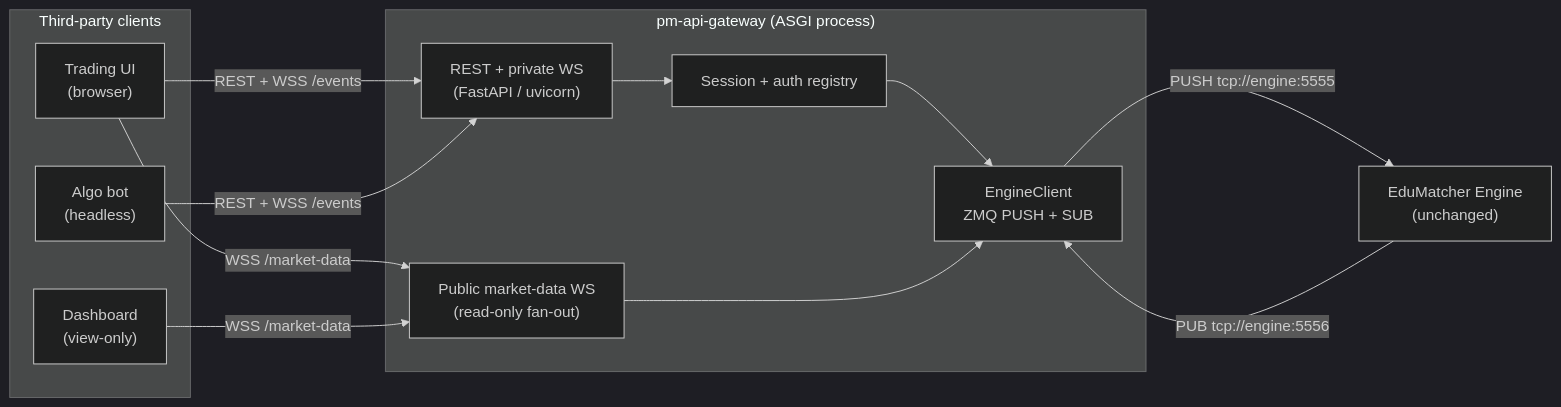
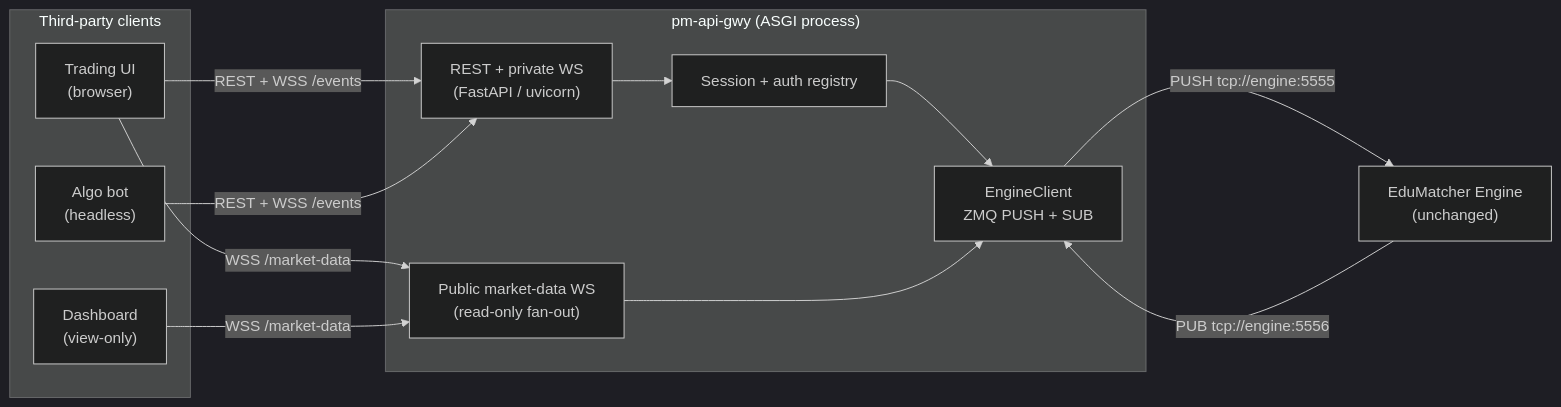
One commit to johan162/EduMatcher changed the diagram in docs-design/EduMatcher-ALF-API-Gwy2.md. Above: the diagram before and after it, drawn with Mermaid (dark theme). The commit also changed other lines of this file and 17 other files, not shown here.

Commit message:
Renamed `pm-api-gateway` to `pm-api-gwy`

````diff
--- a/docs-design/EduMatcher-ALF-API-Gwy2.md
+++ b/docs-design/EduMatcher-ALF-API-Gwy2.md
@@ -137,25 +137,25 @@
 ```mermaid
 flowchart LR
     subgraph Clients["Third-party clients"]
         UI["Trading UI\n(browser)"]
         BOT["Algo bot\n(headless)"]
         DASH["Dashboard\n(view-only)"]
     end
 
     UI -->|"REST + WSS /events"| API
     BOT -->|"REST + WSS /events"| API
     UI -->|"WSS /market-data"| MD
     DASH -->|"WSS /market-data"| MD
 
-    subgraph GW["pm-api-gateway (ASGI process)"]
+    subgraph GW["pm-api-gwy (ASGI process)"]
         API["REST + private WS\n(FastAPI / uvicorn)"]
         MD["Public market-data WS\n(read-only fan-out)"]
         SESS["Session + auth registry"]
         TX["EngineClient\nZMQ PUSH + SUB"]
         API --> SESS --> TX
         MD --> TX
     end
 
     TX -->|PUSH tcp://engine:5555| ENG["EduMatcher Engine\n(unchanged)"]
     ENG -->|PUB tcp://engine:5556| TX
 ```
````
